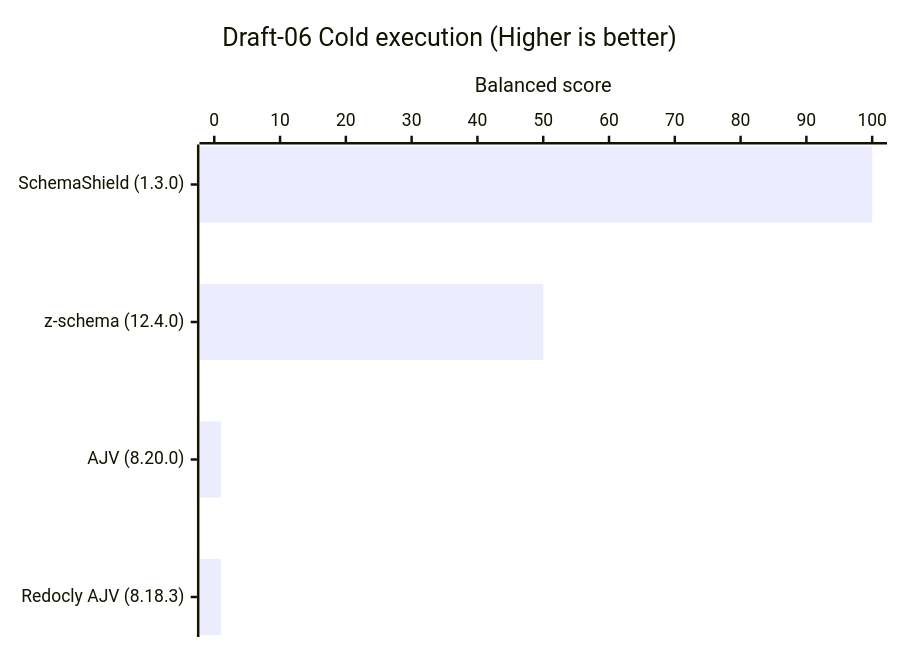
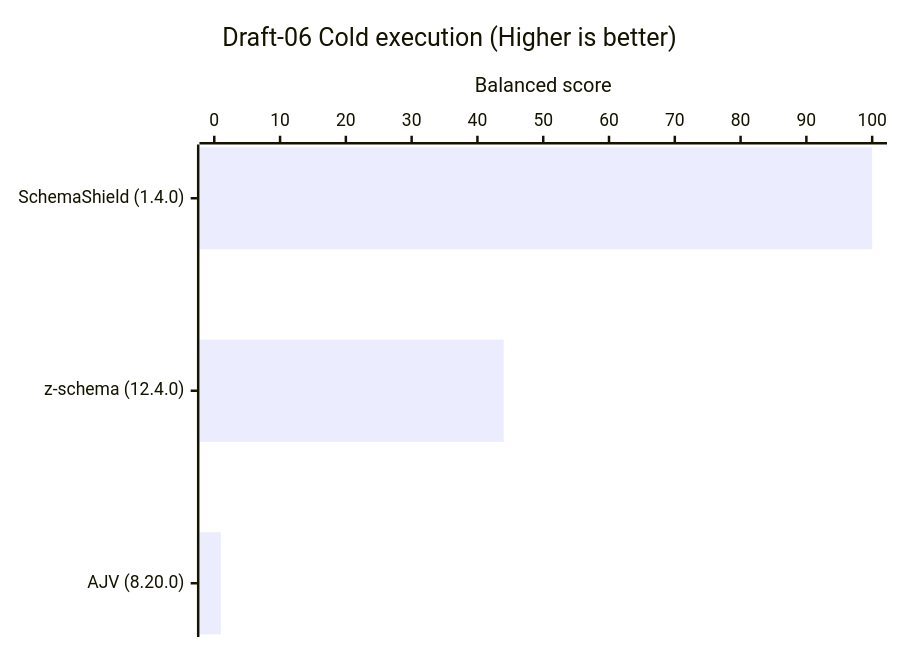
The fourth of 8 diagrams in README.md (Masquerade-Circus/json-schema-validator-bench), drawn with Mermaid before and after one commit. The commit also changed other lines of this file and 228 other files, not shown here.

````diff
--- a/README.md
+++ b/README.md
@@ -175,7 +183,7 @@
 ```mermaid
 xychart horizontal
     title "Draft-06 Cold execution (Higher is better)"
-    x-axis ["SchemaShield (1.3.0)", "z-schema (12.4.0)", "AJV (8.20.0)", "Redocly AJV (8.18.3)"]
+    x-axis ["SchemaShield (1.4.0)", "z-schema (12.4.0)", "AJV (8.20.0)"]
     y-axis "Balanced score" 0 --> 100
-    bar [100, 50, 1, 1]
+    bar [100, 44, 1]
 ```
````
